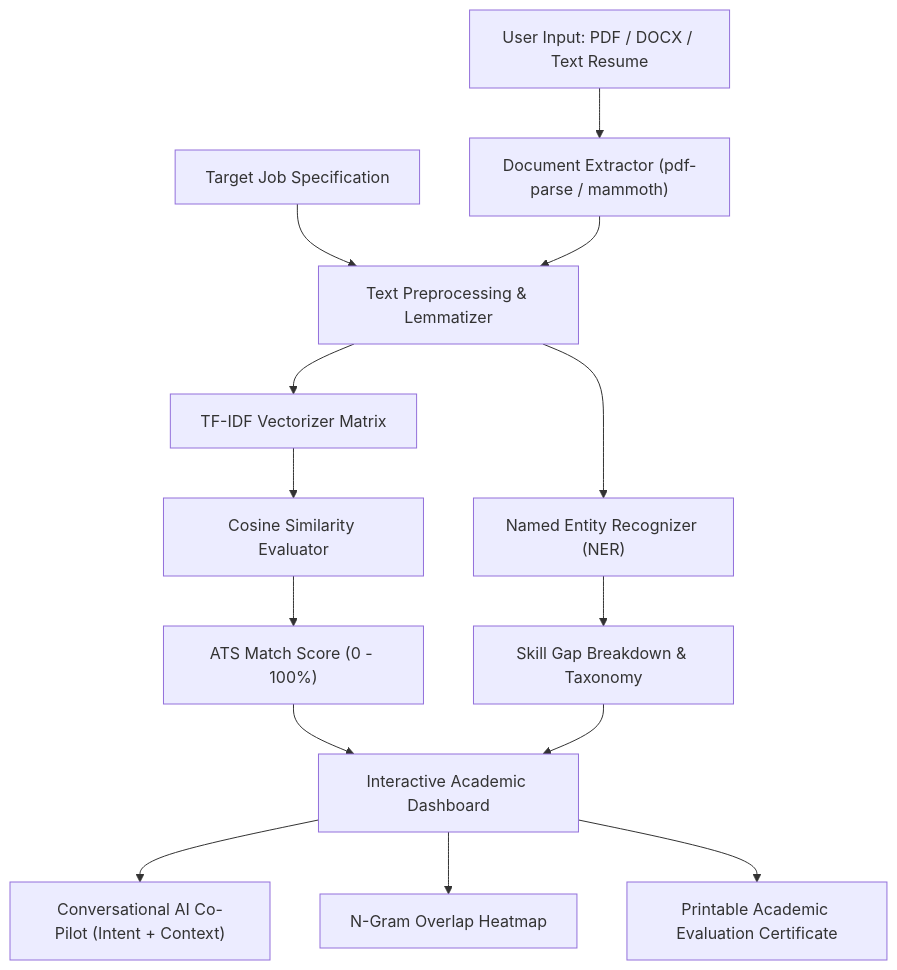
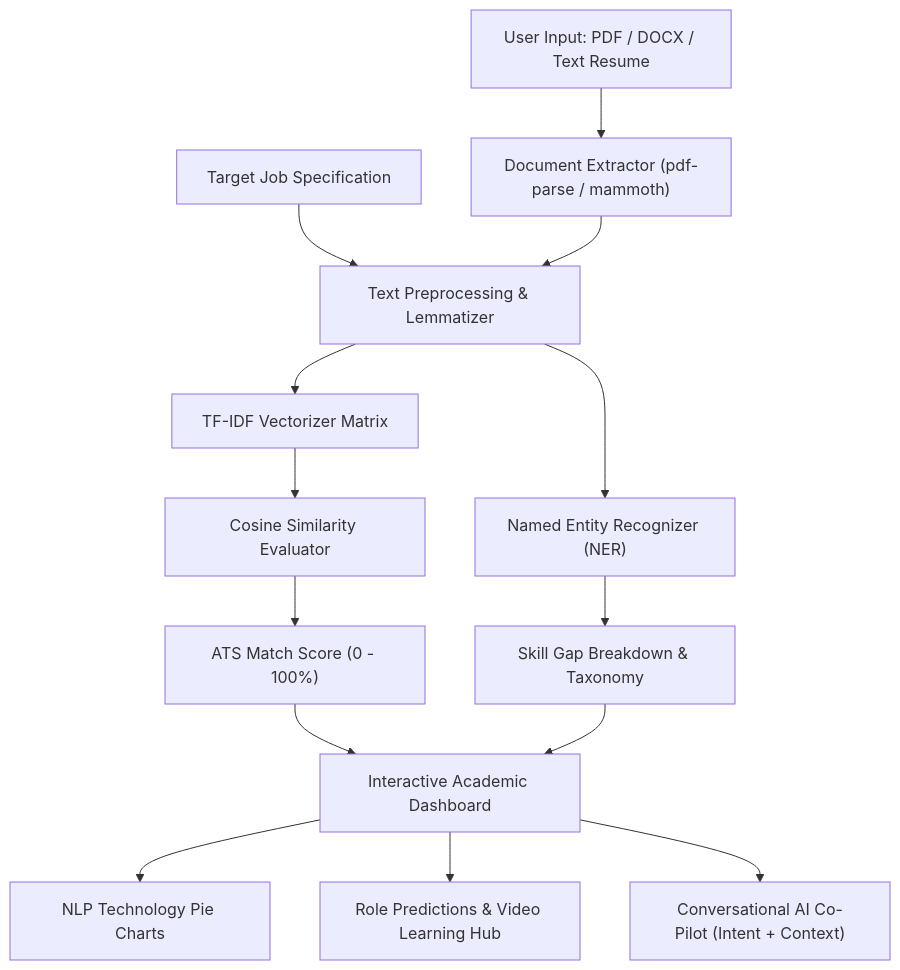
One commit to jayraj175coder/NLP_Resume_Analyzer changed the diagram in NLP_MICROPROJECT_REPORT.md. Above: the diagram before and after it, drawn with Mermaid. The commit also changed other lines of this file and 1 other file, not shown here.

````diff
--- a/NLP_MICROPROJECT_REPORT.md
+++ b/NLP_MICROPROJECT_REPORT.md
@@ -63,20 +47,20 @@
 ```mermaid
 graph TD
     A["User Input: PDF / DOCX / Text Resume"] --> B["Document Extractor (pdf-parse / mammoth)"]
     C["Target Job Specification"] --> D["Text Preprocessing & Lemmatizer"]
     B --> D
     
     D --> E["TF-IDF Vectorizer Matrix"]
     E --> F["Cosine Similarity Evaluator"]
     D --> G["Named Entity Recognizer (NER)"]
     
     F --> H["ATS Match Score (0 - 100%)"]
     G --> I["Skill Gap Breakdown & Taxonomy"]
     
     H --> J["Interactive Academic Dashboard"]
     I --> J
     
-    J --> K["Conversational AI Co-Pilot (Intent + Context)"]
-    J --> L["N-Gram Overlap Heatmap"]
-    J --> M["Printable Academic Evaluation Certificate"]
+    J --> K["NLP Technology Pie Charts"]
+    J --> L["Role Predictions & Video Learning Hub"]
+    J --> M["Conversational AI Co-Pilot (Intent + Context)"]
 ```
````
